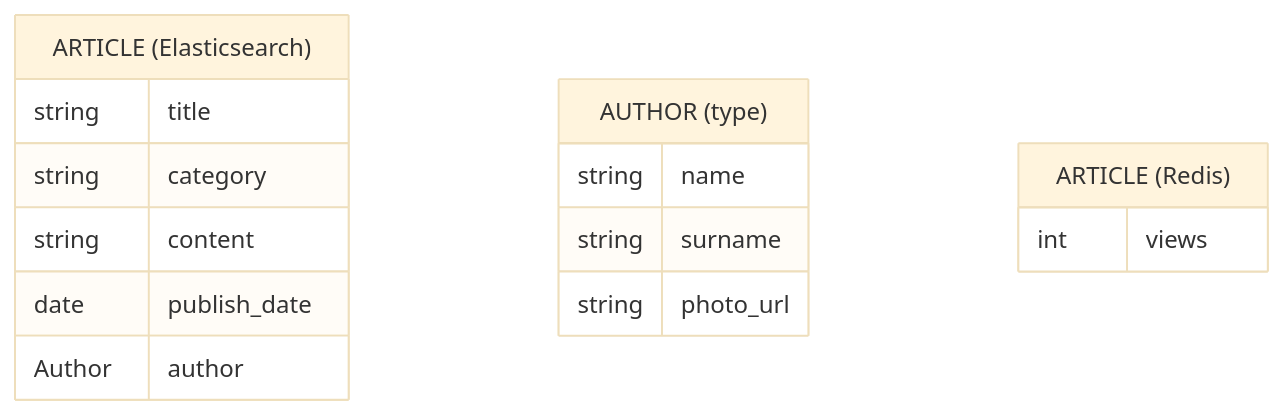
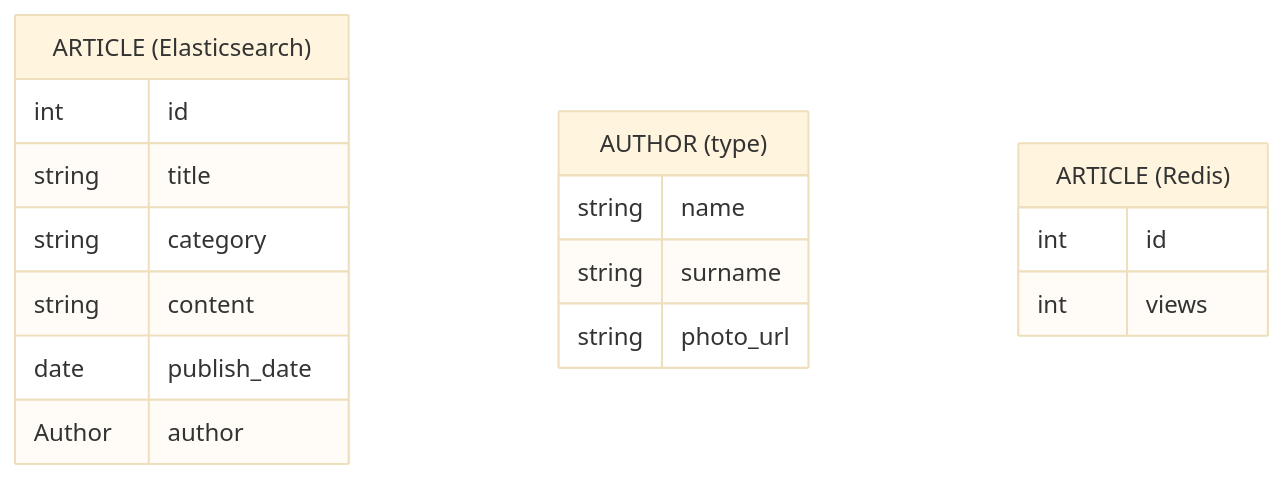
One commit to Arnasst/nereliacines-news-portal changed the second of 2 diagrams in README.md. Above: the diagram before and after it, drawn with Mermaid (base theme). The commit also changed 1 other file, not shown here.

Commit message:
Add ids to docs and readme

````diff
--- a/README.md
+++ b/README.md
@@ -79,22 +79,24 @@
 ```mermaid
 
 erDiagram
     "ARTICLE (Elasticsearch)" {
+        int id
         string title
         string category
         string content
         date publish_date
         Author author
     }
 
     "AUTHOR (type)" {
         string name
         string surname
         string photo_url
     }
 
     "ARTICLE (Redis)" {
+        int id
         int views
     }
 
 ```
````
